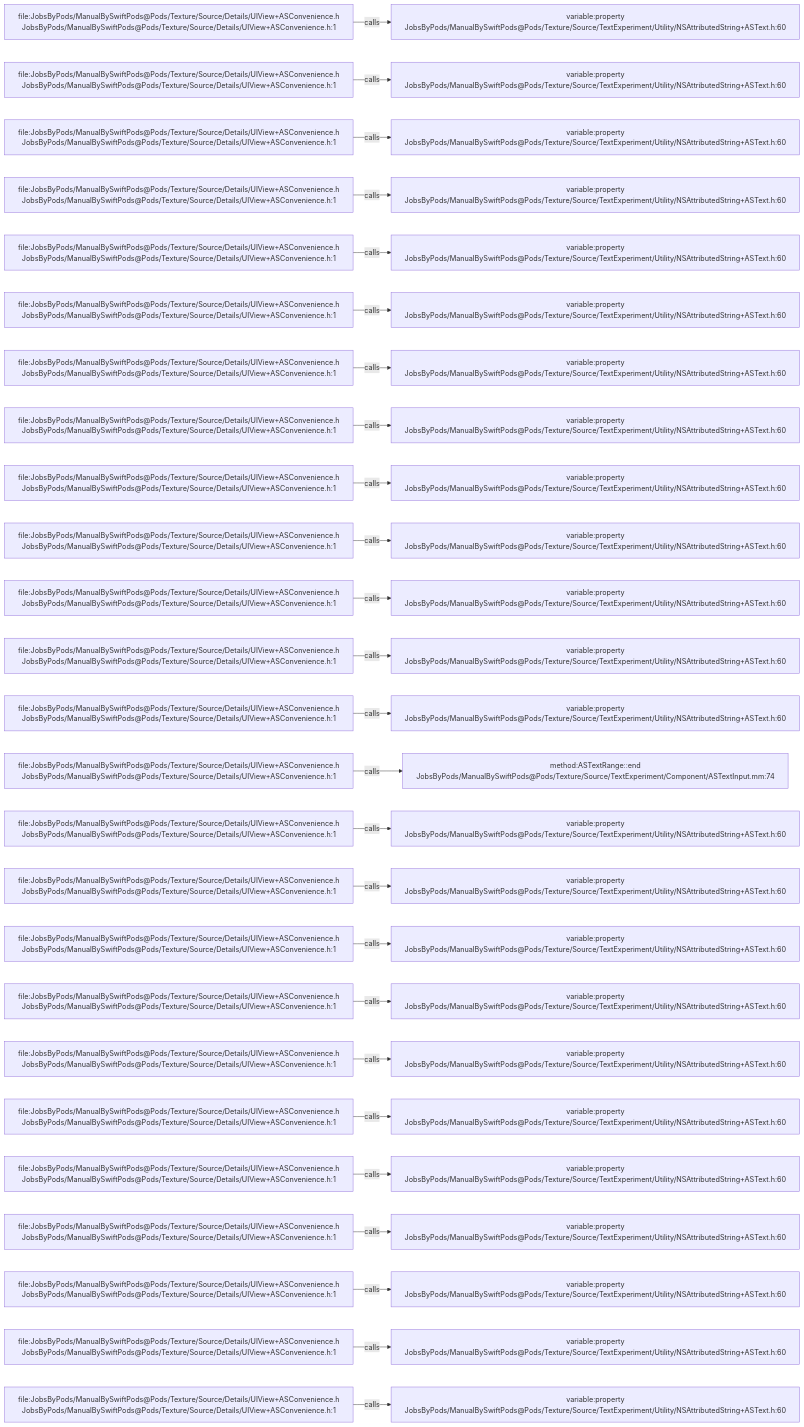
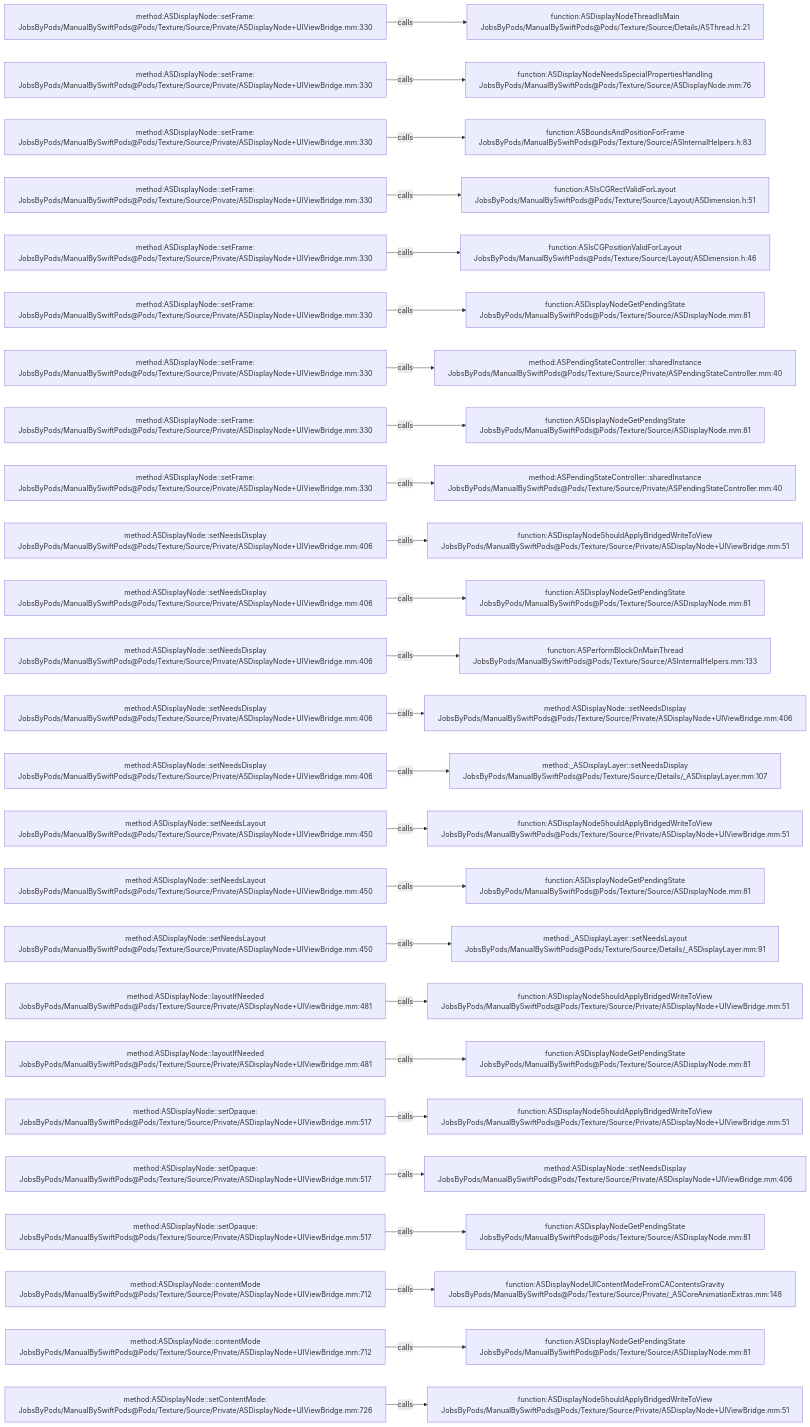
Before and after one commit to JobsKits/JobsSwiftBaseConfigDemo: the diagram in .codegraph/codegraph.md/graphs/calls-119.md, drawn with Mermaid. The commit also changed 832 other files, not shown here.

````diff
--- a/.codegraph/codegraph.md/graphs/calls-119.md
+++ b/.codegraph/codegraph.md/graphs/calls-119.md
@@ -13,78 +13,78 @@
 ```mermaid
 flowchart LR
-  S1["file:JobsByPods/ManualBySwiftPods@Pods/Texture/Source/Details/UIView+ASConvenience.h<br/>JobsByPods/ManualBySwiftPods@Pods/Texture/Source/Details/UIView+ASConvenience.h:1"]
-  T1["variable:property<br/>JobsByPods/ManualBySwiftPods@Pods/Texture/Source/TextExperiment/Utility/NSAttributedString+ASText.h:60"]
+  S1["method:ASDisplayNode::setFrame:<br/>JobsByPods/ManualBySwiftPods@Pods/Texture/Source/Private/ASDisplayNode+UIViewBridge.mm:330"]
+  T1["function:ASDisplayNodeThreadIsMain<br/>JobsByPods/ManualBySwiftPods@Pods/Texture/Source/Details/ASThread.h:21"]
   S1 -->|calls| T1
-  S2["file:JobsByPods/ManualBySwiftPods@Pods/Texture/Source/Details/UIView+ASConvenience.h<br/>JobsByPods/ManualBySwiftPods@Pods/Texture/Source/Details/UIView+ASConvenience.h:1"]
-  T2["variable:property<br/>JobsByPods/ManualBySwiftPods@Pods/Texture/Source/TextExperiment/Utility/NSAttributedString+ASText.h:60"]
+  S2["method:ASDisplayNode::setFrame:<br/>JobsByPods/ManualBySwiftPods@Pods/Texture/Source/Private/ASDisplayNode+UIViewBridge.mm:330"]
+  T2["function:ASDisplayNodeNeedsSpecialPropertiesHandling<br/>JobsByPods/ManualBySwiftPods@Pods/Texture/Source/ASDisplayNode.mm:76"]
   S2 -->|calls| T2
-  S3["file:JobsByPods/ManualBySwiftPods@Pods/Texture/Source/Details/UIView+ASConvenience.h<br/>JobsByPods/ManualBySwiftPods@Pods/Texture/Source/Details/UIView+ASConvenience.h:1"]
-  T3["variable:property<br/>JobsByPods/ManualBySwiftPods@Pods/Texture/Source/TextExperiment/Utility/NSAttributedString+ASText.h:60"]
+  S3["method:ASDisplayNode::setFrame:<br/>JobsByPods/ManualBySwiftPods@Pods/Texture/Source/Private/ASDisplayNode+UIViewBridge.mm:330"]
+  T3["function:ASBoundsAndPositionForFrame<br/>JobsByPods/ManualBySwiftPods@Pods/Texture/Source/ASInternalHelpers.h:83"]
   S3 -->|calls| T3
-  S4["file:JobsByPods/ManualBySwiftPods@Pods/Texture/Source/Details/UIView+ASConvenience.h<br/>JobsByPods/ManualBySwiftPods@Pods/Texture/Source/Details/UIView+ASConvenience.h:1"]
-  T4["variable:property<br/>JobsByPods/ManualBySwiftPods@Pods/Texture/Source/TextExperiment/Utility/NSAttributedString+ASText.h:60"]
+  S4["method:ASDisplayNode::setFrame:<br/>JobsByPods/ManualBySwiftPods@Pods/Texture/Source/Private/ASDisplayNode+UIViewBridge.mm:330"]
+  T4["function:ASIsCGRectValidForLayout<br/>JobsByPods/ManualBySwiftPods@Pods/Texture/Source/Layout/ASDimension.h:51"]
   S4 -->|calls| T4
-  S5["file:JobsByPods/ManualBySwiftPods@Pods/Texture/Source/Details/UIView+ASConvenience.h<br/>JobsByPods/ManualBySwiftPods@Pods/Texture/Source/Details/UIView+ASConvenience.h:1"]
-  T5["variable:property<br/>JobsByPods/ManualBySwiftPods@Pods/Texture/Source/TextExperiment/Utility/NSAttributedString+ASText.h:60"]
+  S5["method:ASDisplayNode::setFrame:<br/>JobsByPods/ManualBySwiftPods@Pods/Texture/Source/Private/ASDisplayNode+UIViewBridge.mm:330"]
+  T5["function:ASIsCGPositionValidForLayout<br/>JobsByPods/ManualBySwiftPods@Pods/Texture/Source/Layout/ASDimension.h:46"]
   S5 -->|calls| T5
-  S6["file:JobsByPods/ManualBySwiftPods@Pods/Texture/Source/Details/UIView+ASConvenience.h<br/>JobsByPods/ManualBySwiftPods@Pods/Texture/Source/Details/UIView+ASConvenience.h:1"]
-  T6["variable:property<br/>JobsByPods/ManualBySwiftPods@Pods/Texture/Source/TextExperiment/Utility/NSAttributedString+ASText.h:60"]
+  S6["method:ASDisplayNode::setFrame:<br/>JobsByPods/ManualBySwiftPods@Pods/Texture/Source/Private/ASDisplayNode+UIViewBridge.mm:330"]
+  T6["function:ASDisplayNodeGetPendingState<br/>JobsByPods/ManualBySwiftPods@Pods/Texture/Source/ASDisplayNode.mm:81"]
   S6 -->|calls| T6
-  S7["file:JobsByPods/ManualBySwiftPods@Pods/Texture/Source/Details/UIView+ASConvenience.h<br/>JobsByPods/ManualBySwiftPods@Pods/Texture/Source/Details/UIView+ASConvenience.h:1"]
-  T7["variable:property<br/>JobsByPods/ManualBySwiftPods@Pods/Texture/Source/TextExperiment/Utility/NSAttributedString+ASText.h:60"]
+  S7["method:ASDisplayNode::setFrame:<br/>JobsByPods/ManualBySwiftPods@Pods/Texture/Source/Private/ASDisplayNode+UIViewBridge.mm:330"]
+  T7["method:ASPendingStateController::sharedInstance<br/>JobsByPods/ManualBySwiftPods@Pods/Texture/Source/Private/ASPendingStateController.mm:40"]
   S7 -->|calls| T7
-  S8["file:JobsByPods/ManualBySwiftPods@Pods/Texture/Source/Details/UIView+ASConvenience.h<br/>JobsByPods/ManualBySwiftPods@Pods/Texture/Source/Details/UIView+ASConvenience.h:1"]
-  T8["variable:property<br/>JobsByPods/ManualBySwiftPods@Pods/Texture/Source/TextExperiment/Utility/NSAttributedString+ASText.h:60"]
+  S8["method:ASDisplayNode::setFrame:<br/>JobsByPods/ManualBySwiftPods@Pods/Texture/Source/Private/ASDisplayNode+UIViewBridge.mm:330"]
+  T8["function:ASDisplayNodeGetPendingState<br/>JobsByPods/ManualBySwiftPods@Pods/Texture/Source/ASDisplayNode.mm:81"]
   S8 -->|calls| T8
-  S9["file:JobsByPods/ManualBySwiftPods@Pods/Texture/Source/Details/UIView+ASConvenience.h<br/>JobsByPods/ManualBySwiftPods@Pods/Texture/Source/Details/UIView+ASConvenience.h:1"]
-  T9["variable:property<br/>JobsByPods/ManualBySwiftPods@Pods/Texture/Source/TextExperiment/Utility/NSAttributedString+ASText.h:60"]
+  S9["method:ASDisplayNode::setFrame:<br/>JobsByPods/ManualBySwiftPods@Pods/Texture/Source/Private/ASDisplayNode+UIViewBridge.mm:330"]
+  T9["method:ASPendingStateController::sharedInstance<br/>JobsByPods/ManualBySwiftPods@Pods/Texture/Source/Private/ASPendingStateController.mm:40"]
   S9 -->|calls| T9
-  S10["file:JobsByPods/ManualBySwiftPods@Pods/Texture/Source/Details/UIView+ASConvenience.h<br/>JobsByPods/ManualBySwiftPods@Pods/Texture/Source/Details/UIView+ASConvenience.h:1"]
-  T10["variable:property<br/>JobsByPods/ManualBySwiftPods@Pods/Texture/Source/TextExperiment/Utility/NSAttributedString+ASText.h:60"]
+  S10["method:ASDisplayNode::setNeedsDisplay<br/>JobsByPods/ManualBySwiftPods@Pods/Texture/Source/Private/ASDisplayNode+UIViewBridge.mm:406"]
+  T10["function:ASDisplayNodeShouldApplyBridgedWriteToView<br/>JobsByPods/ManualBySwiftPods@Pods/Texture/Source/Private/ASDisplayNode+UIViewBridge.mm:51"]
   S10 -->|calls| T10
-  S11["file:JobsByPods/ManualBySwiftPods@Pods/Texture/Source/Details/UIView+ASConvenience.h<br/>JobsByPods/ManualBySwiftPods@Pods/Texture/Source/Details/UIView+ASConvenience.h:1"]
-  T11["variable:property<br/>JobsByPods/ManualBySwiftPods@Pods/Texture/Source/TextExperiment/Utility/NSAttributedString+ASText.h:60"]
+  S11["method:ASDisplayNode::setNeedsDisplay<br/>JobsByPods/ManualBySwiftPods@Pods/Texture/Source/Private/ASDisplayNode+UIViewBridge.mm:406"]
+  T11["function:ASDisplayNodeGetPendingState<br/>JobsByPods/ManualBySwiftPods@Pods/Texture/Source/ASDisplayNode.mm:81"]
   S11 -->|calls| T11
-  S12["file:JobsByPods/ManualBySwiftPods@Pods/Texture/Source/Details/UIView+ASConvenience.h<br/>JobsByPods/ManualBySwiftPods@Pods/Texture/Source/Details/UIView+ASConvenience.h:1"]
-  T12["variable:property<br/>JobsByPods/ManualBySwiftPods@Pods/Texture/Source/TextExperiment/Utility/NSAttributedString+ASText.h:60"]
+  S12["method:ASDisplayNode::setNeedsDisplay<br/>JobsByPods/ManualBySwiftPods@Pods/Texture/Source/Private/ASDisplayNode+UIViewBridge.mm:406"]
+  T12["function:ASPerformBlockOnMainThread<br/>JobsByPods/ManualBySwiftPods@Pods/Texture/Source/ASInternalHelpers.mm:133"]
   S12 -->|calls| T12
-  S13["file:JobsByPods/ManualBySwiftPods@Pods/Texture/Source/Details/UIView+ASConvenience.h<br/>JobsByPods/ManualBySwiftPods@Pods/Texture/Source/Details/UIView+ASConvenience.h:1"]
-  T13["variable:property<br/>JobsByPods/ManualBySwiftPods@Pods/Texture/Source/TextExperiment/Utility/NSAttributedString+ASText.h:60"]
+  S13["method:ASDisplayNode::setNeedsDisplay<br/>JobsByPods/ManualBySwiftPods@Pods/Texture/Source/Private/ASDisplayNode+UIViewBridge.mm:406"]
+  T13["method:ASDisplayNode::setNeedsDisplay<br/>JobsByPods/ManualBySwiftPods@Pods/Texture/Source/Private/ASDisplayNode+UIViewBridge.mm:406"]
   S13 -->|calls| T13
-  S14["file:JobsByPods/ManualBySwiftPods@Pods/Texture/Source/Details/UIView+ASConvenience.h<br/>JobsByPods/ManualBySwiftPods@Pods/Texture/Source/Details/UIView+ASConvenience.h:1"]
-  T14["method:ASTextRange::end<br/>JobsByPods/ManualBySwiftPods@Pods/Texture/Source/TextExperiment/Component/ASTextInput.mm:74"]
+  S14["method:ASDisplayNode::setNeedsDisplay<br/>JobsByPods/ManualBySwiftPods@Pods/Texture/Source/Private/ASDisplayNode+UIViewBridge.mm:406"]
+  T14["method:_ASDisplayLayer::setNeedsDisplay<br/>JobsByPods/ManualBySwiftPods@Pods/Texture/Source/Details/_ASDisplayLayer.mm:107"]
   S14 -->|calls| T14
-  S15["file:JobsByPods/ManualBySwiftPods@Pods/Texture/Source/Details/UIView+ASConvenience.h<br/>JobsByPods/ManualBySwiftPods@Pods/Texture/Source/Details/UIView+ASConvenience.h:1"]
-  T15["variable:property<br/>JobsByPods/ManualBySwiftPods@Pods/Texture/Source/TextExperiment/Utility/NSAttributedString+ASText.h:60"]
+  S15["method:ASDisplayNode::setNeedsLayout<br/>JobsByPods/ManualBySwiftPods@Pods/Texture/Source/Private/ASDisplayNode+UIViewBridge.mm:450"]
+  T15["function:ASDisplayNodeShouldApplyBridgedWriteToView<br/>JobsByPods/ManualBySwiftPods@Pods/Texture/Source/Private/ASDisplayNode+UIViewBridge.mm:51"]
   S15 -->|calls| T15
-  S16["file:JobsByPods/ManualBySwiftPods@Pods/Texture/Source/Details/UIView+ASConvenience.h<br/>JobsByPods/ManualBySwiftPods@Pods/Texture/Source/Details/UIView+ASConvenience.h:1"]
-  T16["variable:property<br/>JobsByPods/ManualBySwiftPods@Pods/Texture/Source/TextExperiment/Utility/NSAttributedString+ASText.h:60"]
+  S16["method:ASDisplayNode::setNeedsLayout<br/>JobsByPods/ManualBySwiftPods@Pods/Texture/Source/Private/ASDisplayNode+UIViewBridge.mm:450"]
+  T16["function:ASDisplayNodeGetPendingState<br/>JobsByPods/ManualBySwiftPods@Pods/Texture/Source/ASDisplayNode.mm:81"]
   S16 -->|calls| T16
-  S17["file:JobsByPods/ManualBySwiftPods@Pods/Texture/Source/Details/UIView+ASConvenience.h<br/>JobsByPods/ManualBySwiftPods@Pods/Texture/Source/Details/UIView+ASConvenience.h:1"]
-  T17["variable:property<br/>JobsByPods/ManualBySwiftPods@Pods/Texture/Source/TextExperiment/Utility/NSAttributedString+ASText.h:60"]
+  S17["method:ASDisplayNode::setNeedsLayout<br/>JobsByPods/ManualBySwiftPods@Pods/Texture/Source/Private/ASDisplayNode+UIViewBridge.mm:450"]
+  T17["method:_ASDisplayLayer::setNeedsLayout<br/>JobsByPods/ManualBySwiftPods@Pods/Texture/Source/Details/_ASDisplayLayer.mm:91"]
   S17 -->|calls| T17
-  S18["file:JobsByPods/ManualBySwiftPods@Pods/Texture/Source/Details/UIView+ASConvenience.h<br/>JobsByPods/ManualBySwiftPods@Pods/Texture/Source/Details/UIView+ASConvenience.h:1"]
-  T18["variable:property<br/>JobsByPods/ManualBySwiftPods@Pods/Texture/Source/TextExperiment/Utility/NSAttributedString+ASText.h:60"]
+  S18["method:ASDisplayNode::layoutIfNeeded<br/>JobsByPods/ManualBySwiftPods@Pods/Texture/Source/Private/ASDisplayNode+UIViewBridge.mm:481"]
+  T18["function:ASDisplayNodeShouldApplyBridgedWriteToView<br/>JobsByPods/ManualBySwiftPods@Pods/Texture/Source/Private/ASDisplayNode+UIViewBridge.mm:51"]
   S18 -->|calls| T18
-  S19["file:JobsByPods/ManualBySwiftPods@Pods/Texture/Source/Details/UIView+ASConvenience.h<br/>JobsByPods/ManualBySwiftPods@Pods/Texture/Source/Details/UIView+ASConvenience.h:1"]
-  T19["variable:property<br/>JobsByPods/ManualBySwiftPods@Pods/Texture/Source/TextExperiment/Utility/NSAttributedString+ASText.h:60"]
+  S19["method:ASDisplayNode::layoutIfNeeded<br/>JobsByPods/ManualBySwiftPods@Pods/Texture/Source/Private/ASDisplayNode+UIViewBridge.mm:481"]
+  T19["function:ASDisplayNodeGetPendingState<br/>JobsByPods/ManualBySwiftPods@Pods/Texture/Source/ASDisplayNode.mm:81"]
   S19 -->|calls| T19
-  S20["file:JobsByPods/ManualBySwiftPods@Pods/Texture/Source/Details/UIView+ASConvenience.h<br/>JobsByPods/ManualBySwiftPods@Pods/Texture/Source/Details/UIView+ASConvenience.h:1"]
-  T20["variable:property<br/>JobsByPods/ManualBySwiftPods@Pods/Texture/Source/TextExperiment/Utility/NSAttributedString+ASText.h:60"]
+  S20["method:ASDisplayNode::setOpaque:<br/>JobsByPods/ManualBySwiftPods@Pods/Texture/Source/Private/ASDisplayNode+UIViewBridge.mm:517"]
+  T20["function:ASDisplayNodeShouldApplyBridgedWriteToView<br/>JobsByPods/ManualBySwiftPods@Pods/Texture/Source/Private/ASDisplayNode+UIViewBridge.mm:51"]
   S20 -->|calls| T20
-  S21["file:JobsByPods/ManualBySwiftPods@Pods/Texture/Source/Details/UIView+ASConvenience.h<br/>JobsByPods/ManualBySwiftPods@Pods/Texture/Source/Details/UIView+ASConvenience.h:1"]
-  T21["variable:property<br/>JobsByPods/ManualBySwiftPods@Pods/Texture/Source/TextExperiment/Utility/NSAttributedString+ASText.h:60"]
+  S21["method:ASDisplayNode::setOpaque:<br/>JobsByPods/ManualBySwiftPods@Pods/Texture/Source/Private/ASDisplayNode+UIViewBridge.mm:517"]
+  T21["method:ASDisplayNode::setNeedsDisplay<br/>JobsByPods/ManualBySwiftPods@Pods/Texture/Source/Private/ASDisplayNode+UIViewBridge.mm:406"]
   S21 -->|calls| T21
-  S22["file:JobsByPods/ManualBySwiftPods@Pods/Texture/Source/Details/UIView+ASConvenience.h<br/>JobsByPods/ManualBySwiftPods@Pods/Texture/Source/Details/UIView+ASConvenience.h:1"]
-  T22["variable:property<br/>JobsByPods/ManualBySwiftPods@Pods/Texture/Source/TextExperiment/Utility/NSAttributedString+ASText.h:60"]
+  S22["method:ASDisplayNode::setOpaque:<br/>JobsByPods/ManualBySwiftPods@Pods/Texture/Source/Private/ASDisplayNode+UIViewBridge.mm:517"]
+  T22["function:ASDisplayNodeGetPendingState<br/>JobsByPods/ManualBySwiftPods@Pods/Texture/Source/ASDisplayNode.mm:81"]
   S22 -->|calls| T22
-  S23["file:JobsByPods/ManualBySwiftPods@Pods/Texture/Source/Details/UIView+ASConvenience.h<br/>JobsByPods/ManualBySwiftPods@Pods/Texture/Source/Details/UIView+ASConvenience.h:1"]
-  T23["variable:property<br/>JobsByPods/ManualBySwiftPods@Pods/Texture/Source/TextExperiment/Utility/NSAttributedString+ASText.h:60"]
+  S23["method:ASDisplayNode::contentMode<br/>JobsByPods/ManualBySwiftPods@Pods/Texture/Source/Private/ASDisplayNode+UIViewBridge.mm:712"]
+  T23["function:ASDisplayNodeUIContentModeFromCAContentsGravity<br/>JobsByPods/ManualBySwiftPods@Pods/Texture/Source/Private/_ASCoreAnimationExtras.mm:148"]
   S23 -->|calls| T23
-  S24["file:JobsByPods/ManualBySwiftPods@Pods/Texture/Source/Details/UIView+ASConvenience.h<br/>JobsByPods/ManualBySwiftPods@Pods/Texture/Source/Details/UIView+ASConvenience.h:1"]
-  T24["variable:property<br/>JobsByPods/ManualBySwiftPods@Pods/Texture/Source/TextExperiment/Utility/NSAttributedString+ASText.h:60"]
+  S24["method:ASDisplayNode::contentMode<br/>JobsByPods/ManualBySwiftPods@Pods/Texture/Source/Private/ASDisplayNode+UIViewBridge.mm:712"]
+  T24["function:ASDisplayNodeGetPendingState<br/>JobsByPods/ManualBySwiftPods@Pods/Texture/Source/ASDisplayNode.mm:81"]
   S24 -->|calls| T24
-  S25["file:JobsByPods/ManualBySwiftPods@Pods/Texture/Source/Details/UIView+ASConvenience.h<br/>JobsByPods/ManualBySwiftPods@Pods/Texture/Source/Details/UIView+ASConvenience.h:1"]
-  T25["variable:property<br/>JobsByPods/ManualBySwiftPods@Pods/Texture/Source/TextExperiment/Utility/NSAttributedString+ASText.h:60"]
+  S25["method:ASDisplayNode::setContentMode:<br/>JobsByPods/ManualBySwiftPods@Pods/Texture/Source/Private/ASDisplayNode+UIViewBridge.mm:726"]
+  T25["function:ASDisplayNodeShouldApplyBridgedWriteToView<br/>JobsByPods/ManualBySwiftPods@Pods/Texture/Source/Private/ASDisplayNode+UIViewBridge.mm:51"]
   S25 -->|calls| T25
 ```
````
